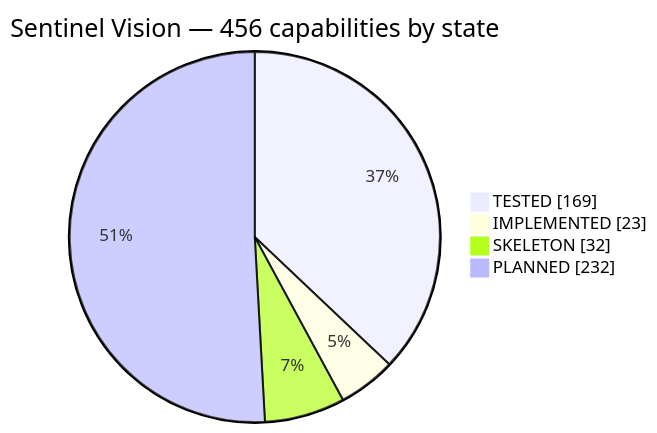
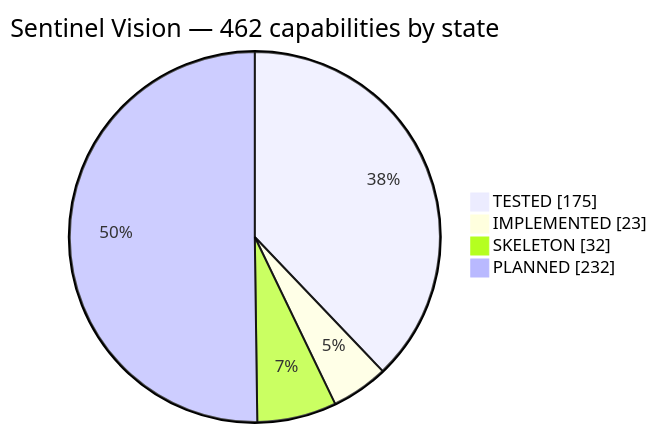
The first of 3 diagrams in FEATURES.md (haidar-farhat/V.I.G.I.L._Vision_Intelligence_and_Geospatial_ncident_Layer), drawn with Mermaid before and after one commit. The commit also changed other lines of this file and 12 other files, not shown here.

````diff
--- a/FEATURES.md
+++ b/FEATURES.md
@@ -46,8 +46,8 @@
 ```mermaid
 pie showData
-    title Sentinel Vision — 456 capabilities by state
-    "TESTED" : 169
+    title Sentinel Vision — 462 capabilities by state
+    "TESTED" : 175
     "IMPLEMENTED" : 23
     "SKELETON" : 32
     "PLANNED" : 232
 ```
````
